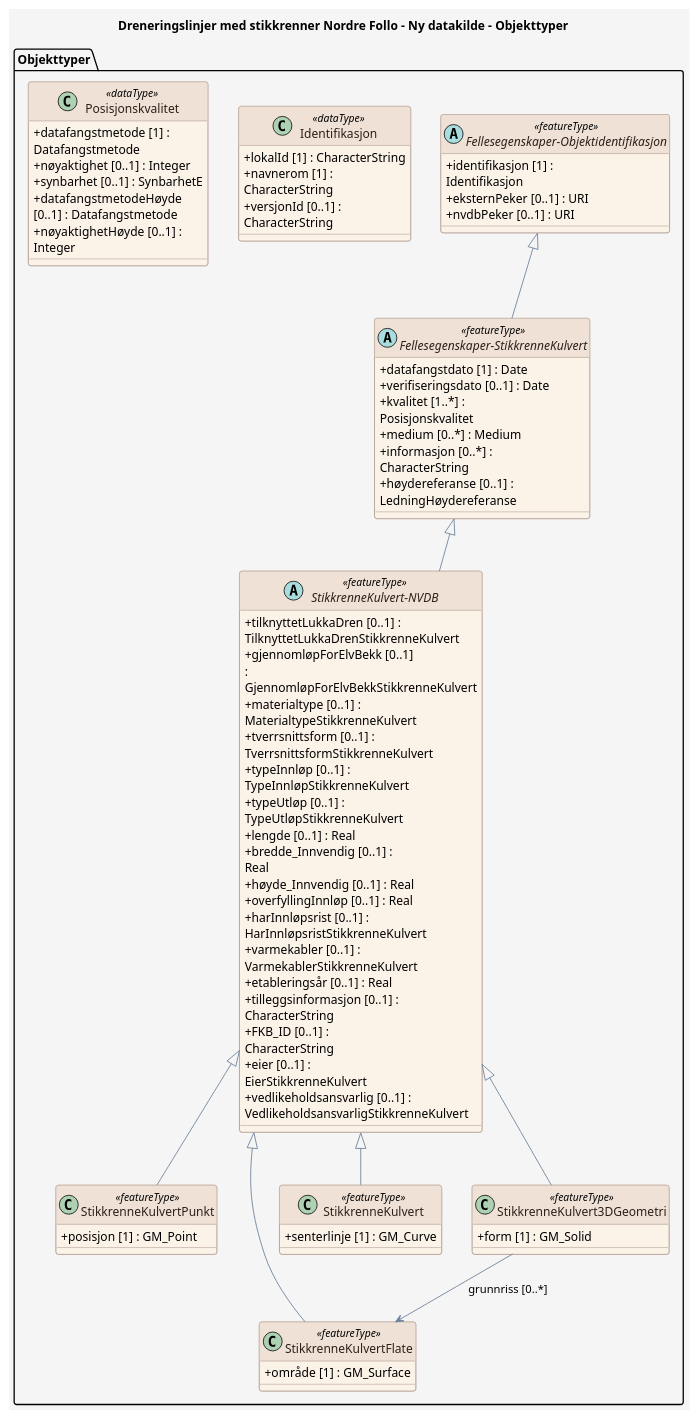
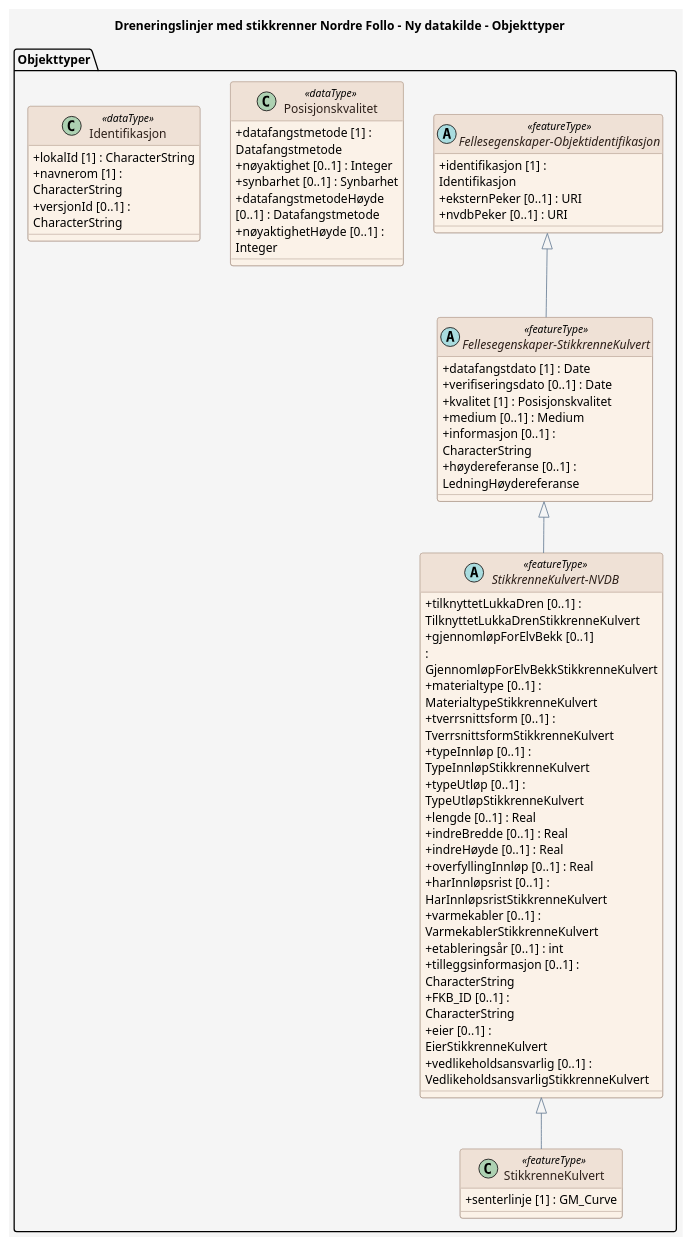
Before and after one commit to KentJonsrud/produktspesifikasjon_sommer: the diagram in produktspesifikasjon/dreneringslinjer-med-stikkrenner-nordre-follo/ny-datakilde/ny-datakilde_feature_catalogue.puml, drawn with PlantUML. The commit also changed 28 other files, not shown here.

```diff
--- a/produktspesifikasjon/dreneringslinjer-med-stikkrenner-nordre-follo/ny-datakilde/ny-datakilde_feature_catalogue.puml
+++ b/produktspesifikasjon/dreneringslinjer-med-stikkrenner-nordre-follo/ny-datakilde/ny-datakilde_feature_catalogue.puml
@@ -1,107 +1,91 @@
 @startuml
 ' For wide diagrams, render with: plantuml -DPLANTUML_LIMIT_SIZE=16384 ...
 ' The 'scale max' directive below caps the rendered output to prevent the
 ' default PlantUML 4096px size limit from cropping the diagram.
 scale max 4000*4000
 
 title Dreneringslinjer med stikkrenner Nordre Follo - Ny datakilde - Objekttyper
 
 skinparam backgroundColor #F5F5F5
 skinparam shadowing false
 skinparam RoundCorner 6
 skinparam ArrowColor #6C8198
 skinparam wrapWidth 200
 skinparam class {
   BackgroundColor #FBF2E8
   BorderColor #9C8578
   FontColor #2D201A
   HeaderBackgroundColor #EFE1D6
   HeaderFontColor #2D201A
   AttributeIconSize 0
 }
 skinparam note {
   BackgroundColor #FFFFFF
   BorderColor #6C8198
   FontColor #2D201A
 }
 skinparam stereotypeCBackgroundColor #EAD9CE
 skinparam stereotypeCBorderColor #9C8578
 skinparam stereotypeCFontColor #2D201A
 
 package "Objekttyper" {
 
-  class StikkrenneKulvertPunkt <<featureType>> {
-    + posisjon [1] : GM_Point
-  }
-
-  class StikkrenneKulvertFlate <<featureType>> {
-    + område [1] : GM_Surface
-  }
-
   class StikkrenneKulvert <<featureType>> {
     + senterlinje [1] : GM_Curve
-  }
-
-  class StikkrenneKulvert3DGeometri <<featureType>> {
-    + form [1] : GM_Solid
-  }
-
-  abstract class "Fellesegenskaper-Objektidentifikasjon" as Fellesegenskaper_Objektidentifikasjon <<featureType>> {
-    + identifikasjon [1] : Identifikasjon
-    + eksternPeker [0..1] : URI
-    + nvdbPeker [0..1] : URI
-  }
-
-  abstract class "Fellesegenskaper-StikkrenneKulvert" as Fellesegenskaper_StikkrenneKulvert <<featureType>> {
-    + datafangstdato [1] : Date
-    + verifiseringsdato [0..1] : Date
-    + kvalitet [1..*] : Posisjonskvalitet
-    + medium [0..*] : Medium
-    + informasjon [0..*] : CharacterString
-    + høydereferanse [0..1] : LedningHøydereferanse
   }
 
   abstract class "StikkrenneKulvert-NVDB" as StikkrenneKulvert_NVDB <<featureType>> {
     + tilknyttetLukkaDren [0..1] : TilknyttetLukkaDrenStikkrenneKulvert
     + gjennomløpForElvBekk [0..1] : GjennomløpForElvBekkStikkrenneKulvert
     + materialtype [0..1] : MaterialtypeStikkrenneKulvert
     + tverrsnittsform [0..1] : TverrsnittsformStikkrenneKulvert
     + typeInnløp [0..1] : TypeInnløpStikkrenneKulvert
     + typeUtløp [0..1] : TypeUtløpStikkrenneKulvert
     + lengde [0..1] : Real
-    + bredde_Innvendig [0..1] : Real
-    + høyde_Innvendig [0..1] : Real
+    + indreBredde [0..1] : Real
+    + indreHøyde [0..1] : Real
     + overfyllingInnløp [0..1] : Real
     + harInnløpsrist [0..1] : HarInnløpsristStikkrenneKulvert
     + varmekabler [0..1] : VarmekablerStikkrenneKulvert
-    + etableringsår [0..1] : Real
+    + etableringsår [0..1] : int
     + tilleggsinformasjon [0..1] : CharacterString
     + FKB_ID [0..1] : CharacterString
     + eier [0..1] : EierStikkrenneKulvert
     + vedlikeholdsansvarlig [0..1] : VedlikeholdsansvarligStikkrenneKulvert
+  }
+
+  abstract class "Fellesegenskaper-StikkrenneKulvert" as Fellesegenskaper_StikkrenneKulvert <<featureType>> {
+    + datafangstdato [1] : Date
+    + verifiseringsdato [0..1] : Date
+    + kvalitet [1] : Posisjonskvalitet
+    + medium [0..1] : Medium
+    + informasjon [0..1] : CharacterString
+    + høydereferanse [0..1] : LedningHøydereferanse
+  }
+
+  abstract class "Fellesegenskaper-Objektidentifikasjon" as Fellesegenskaper_Objektidentifikasjon <<featureType>> {
+    + identifikasjon [1] : Identifikasjon
+    + eksternPeker [0..1] : URI
+    + nvdbPeker [0..1] : URI
+  }
+
+  class Posisjonskvalitet <<dataType>> {
+    + datafangstmetode [1] : Datafangstmetode
+    + nøyaktighet [0..1] : Integer
+    + synbarhet [0..1] : Synbarhet
+    + datafangstmetodeHøyde [0..1] : Datafangstmetode
+    + nøyaktighetHøyde [0..1] : Integer
   }
 
   class Identifikasjon <<dataType>> {
     + lokalId [1] : CharacterString
     + navnerom [1] : CharacterString
     + versjonId [0..1] : CharacterString
   }
-
-  class Posisjonskvalitet <<dataType>> {
-    + datafangstmetode [1] : Datafangstmetode
-    + nøyaktighet [0..1] : Integer
-    + synbarhet [0..1] : SynbarhetE
-    + datafangstmetodeHøyde [0..1] : Datafangstmetode
-    + nøyaktighetHøyde [0..1] : Integer
-  }
 }
 
-  StikkrenneKulvert_NVDB <|-- StikkrenneKulvertPunkt
-  StikkrenneKulvert_NVDB <|-- StikkrenneKulvertFlate
   StikkrenneKulvert_NVDB <|-- StikkrenneKulvert
-  StikkrenneKulvert_NVDB <|-- StikkrenneKulvert3DGeometri
-  StikkrenneKulvert3DGeometri --> StikkrenneKulvertFlate : grunnriss [0..*]
+  Fellesegenskaper_StikkrenneKulvert <|-- StikkrenneKulvert_NVDB
   Fellesegenskaper_Objektidentifikasjon <|-- Fellesegenskaper_StikkrenneKulvert
-  Fellesegenskaper_StikkrenneKulvert <|-- StikkrenneKulvert_NVDB
 
 @enduml
```
